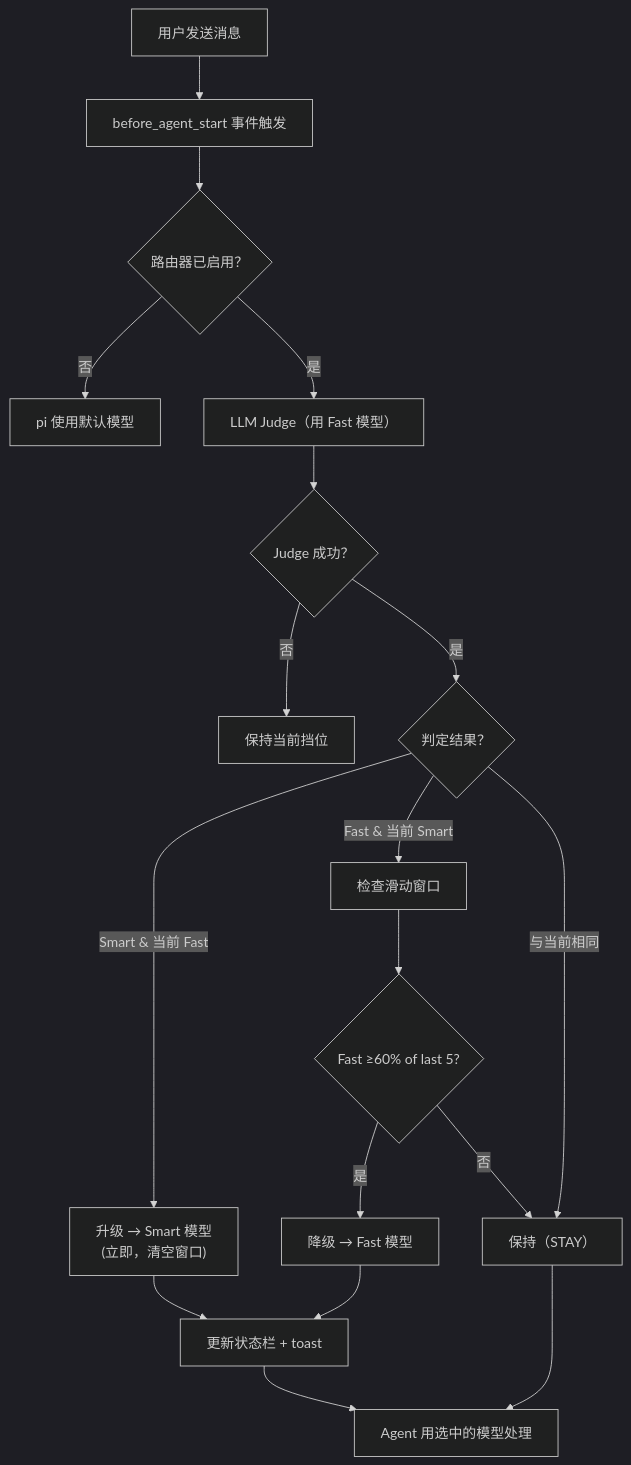
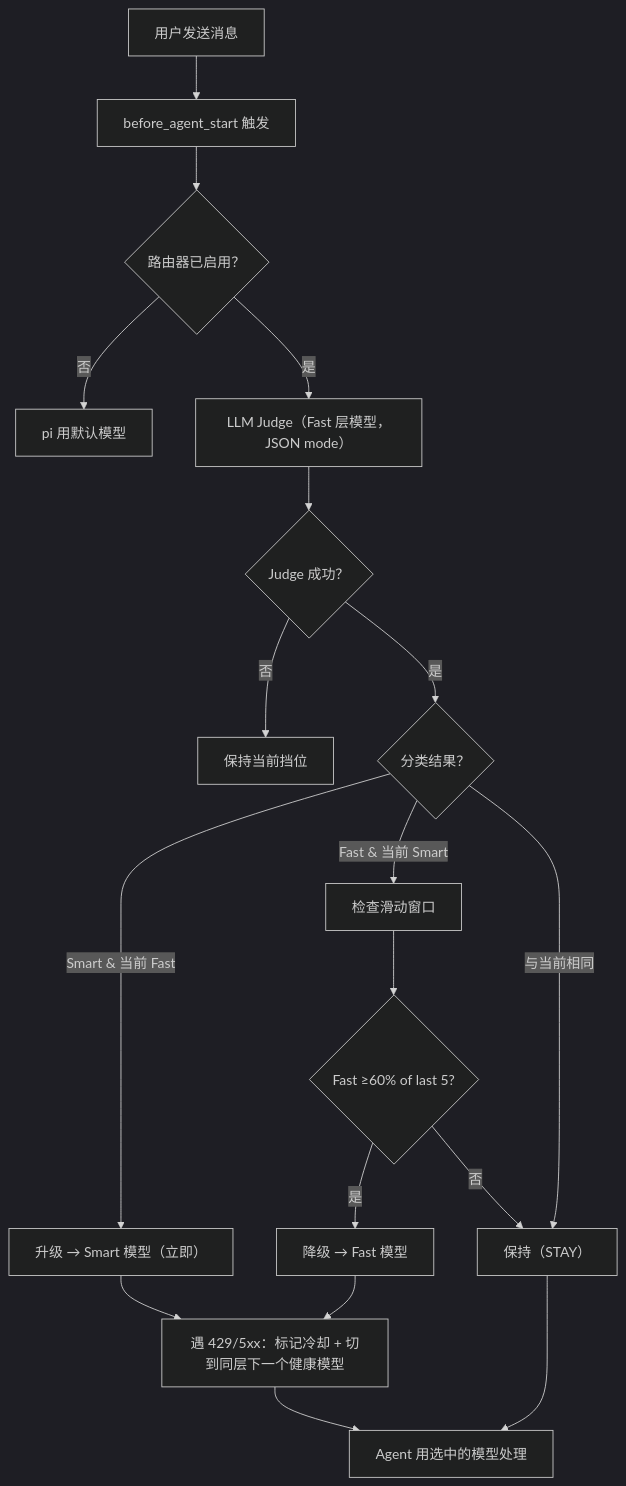
The diagram in README.zh-CN.md (Groveer/pi-shift-router), drawn with Mermaid (dark theme) before and after one commit. The commit also changed other lines of this file and 19 other files, not shown here.

````diff
--- a/README.zh-CN.md
+++ b/README.zh-CN.md
@@ -93,25 +114,20 @@
 ```mermaid
 flowchart TD
     Input["用户发送消息"]
-    Input --> Hook["before_agent_start 事件触发"]
+    Input --> Hook["before_agent_start 触发"]
     Hook --> Enabled{"路由器已启用？"}
-    Enabled -->|否| Skip["pi 使用默认模型"]
-    Enabled -->|是| Judge["LLM Judge（用 Fast 模型）"]
+    Enabled -->|否| Skip["pi 用默认模型"]
+    Enabled -->|是| Judge["LLM Judge（Fast 层模型，JSON mode）"]
     Judge --> Fail{"Judge 成功？"}
     Fail -->|否| Fallback["保持当前挡位"]
     Fail -->|是| Decide
-
-    Decide{"判定结果？"}
-    Decide -->|Smart & 当前 Fast| Upgrade["升级 → Smart 模型<br/>(立即，清空窗口)"]
+    Decide{"分类结果？"}
+    Decide -->|Smart & 当前 Fast| Upgrade["升级 → Smart 模型（立即）"]
     Decide -->|Fast & 当前 Smart| Trend["检查滑动窗口"]
     Decide -->|与当前相同| Stay["保持（STAY）"]
-
     Trend --> Stable{"Fast ≥60% of last 5?"}
     Stable -->|是| Down["降级 → Fast 模型"]
     Stable -->|否| Stay
-
-    Upgrade --> Notify["更新状态栏 + toast"]
-    Down --> Notify
-    Stay --> Done["Agent 用选中的模型处理"]
-    Notify --> Done
+    Upgrade & Down --> Failover["遇 429/5xx：标记冷却 + 切到同层下一个健康模型"]
+    Failover & Stay --> Done["Agent 用选中的模型处理"]
 ```
````
